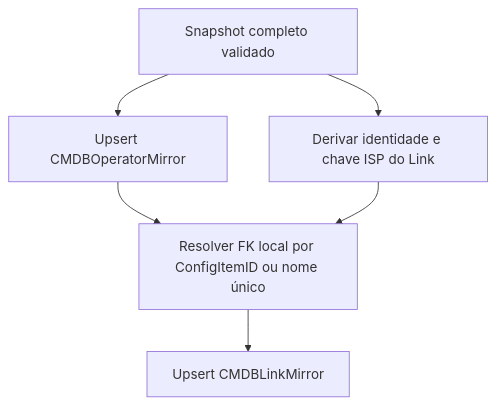
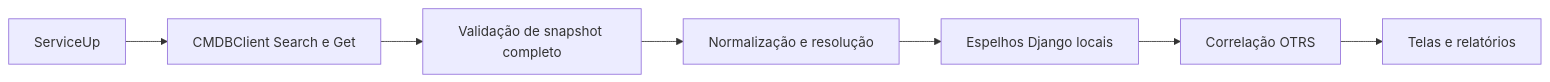
The diagram in docs/06-integracoes-e-dados/cmdb.md (pedrocavalcanti-dev/ARION-OPS), drawn with Mermaid before and after one commit. The commit also changed other lines of this file and 22 other files, not shown here.

````diff
--- a/docs/06-integracoes-e-dados/cmdb.md
+++ b/docs/06-integracoes-e-dados/cmdb.md
@@ -27,8 +25,9 @@
 ```mermaid
-flowchart TD
-V[Snapshot completo validado] --> O[Upsert CMDBOperatorMirror]
-V --> I[Derivar identidade e chave ISP do Link]
-O --> R[Resolver FK local por ConfigItemID ou nome único]
-I --> R
-R --> L[Upsert CMDBLinkMirror]
+flowchart LR
+S[ServiceUp] --> C[CMDBClient Search e Get]
+C --> V[Validação de snapshot completo]
+V --> N[Normalização e resolução]
+N --> M[Espelhos Django locais]
+M --> O[Correlação OTRS]
+O --> U[Telas e relatórios]
 ```
````
